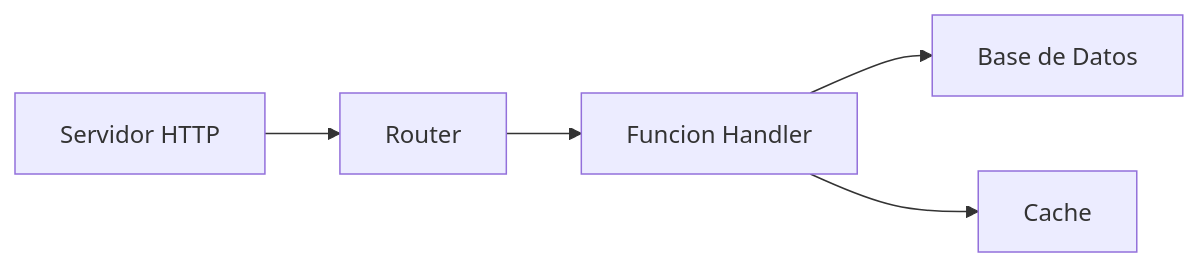
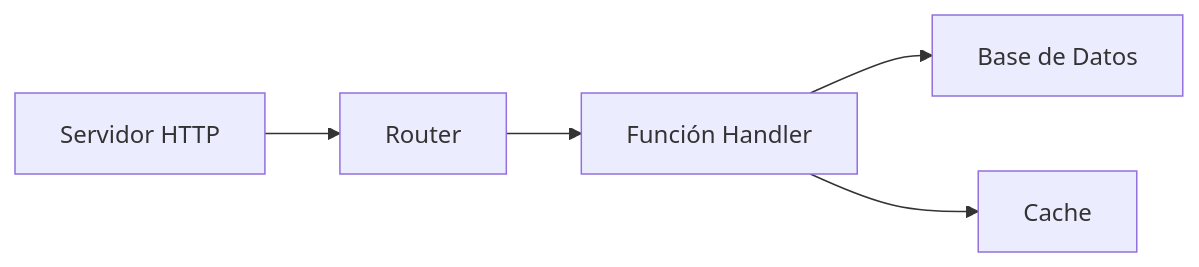
The first of 2 diagrams in es/guides/supervision.md (wippyai/docs), drawn with Mermaid before and after one commit. The commit also changed other lines of this file and 196 other files, not shown here.

````diff
--- a/es/guides/supervision.md
+++ b/es/guides/supervision.md
@@ -49,7 +49,7 @@
 ```mermaid
 graph LR
     A[Servidor HTTP] --> B[Router]
-    B --> C[Funcion Handler]
+    B --> C[Función Handler]
     C --> D[Base de Datos]
     C --> E[Cache]
 ```
````
